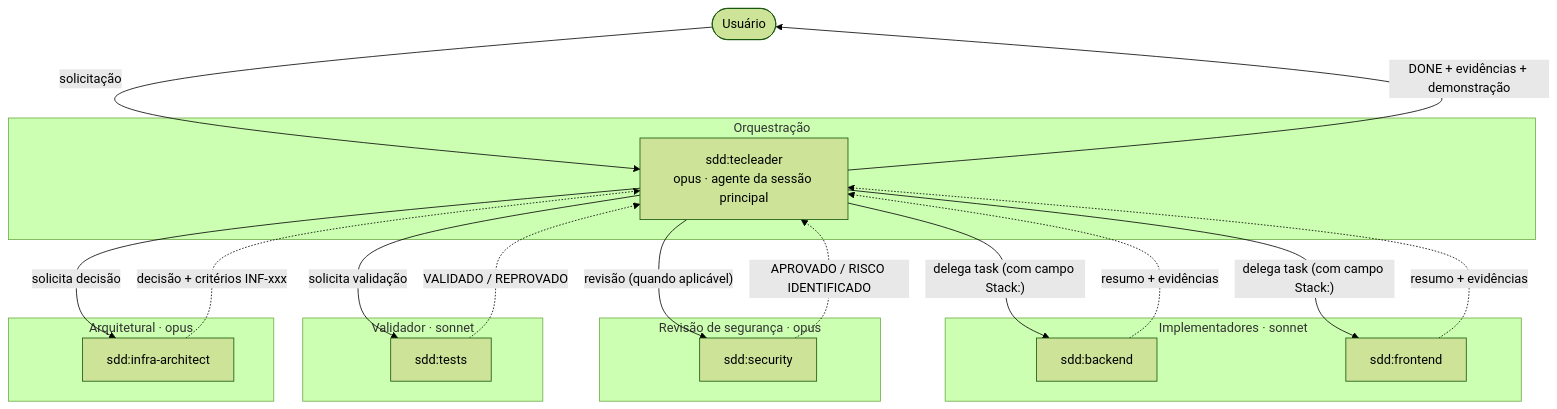
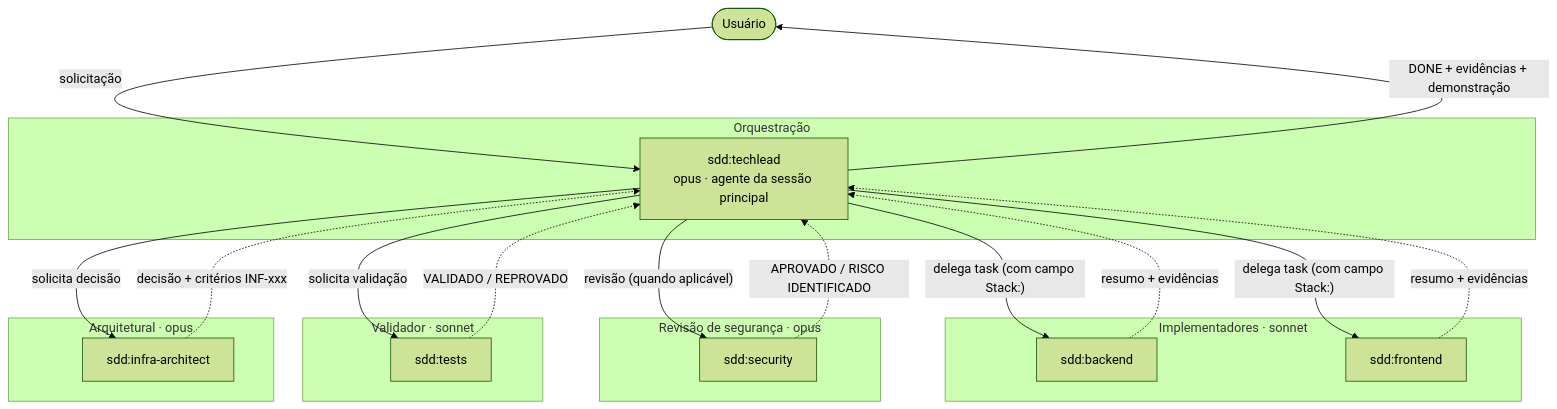
One commit to powerlok/claude-sdd-framework changed the first of 9 diagrams in docs/arquitetura.md. Above: the diagram before and after it, drawn with Mermaid (forest theme). The commit also changed other lines of this file and 37 other files, not shown here.

First line of the commit message:
sdd 0.8.0: renomear o agente sdd:tecleader para sdd:techlead (mudança incompatível)

````diff
--- a/docs/arquitetura.md
+++ b/docs/arquitetura.md
@@ -23,39 +23,39 @@
 ```mermaid
 flowchart TD
     U([Usuário]) -->|solicitação| TL
 
     subgraph ORQ[Orquestração]
-        TL[sdd:tecleader<br/>opus · agente da sessão principal]
+        TL[sdd:techlead<br/>opus · agente da sessão principal]
     end
 
     subgraph IMP[Implementadores · sonnet]
         BE[sdd:backend]
         FE[sdd:frontend]
     end
 
     subgraph SEC[Revisão de segurança · opus]
         SC[sdd:security]
     end
 
     subgraph VAL[Validador · sonnet]
         TS[sdd:tests]
     end
 
     subgraph ARQ[Arquitetural · opus]
         IA[sdd:infra-architect]
     end
 
     TL -->|"delega task (com campo Stack:)"| BE
     TL -->|"delega task (com campo Stack:)"| FE
     TL -->|"revisão (quando aplicável)"| SC
     TL -->|solicita validação| TS
     TL -->|solicita decisão| IA
 
     BE -.->|resumo + evidências| TL
     FE -.->|resumo + evidências| TL
     SC -.->|APROVADO / RISCO IDENTIFICADO| TL
     TS -.->|VALIDADO / REPROVADO| TL
     IA -.->|decisão + critérios INF-xxx| TL
 
     TL -->|"DONE + evidências + demonstração"| U
 ```
````
